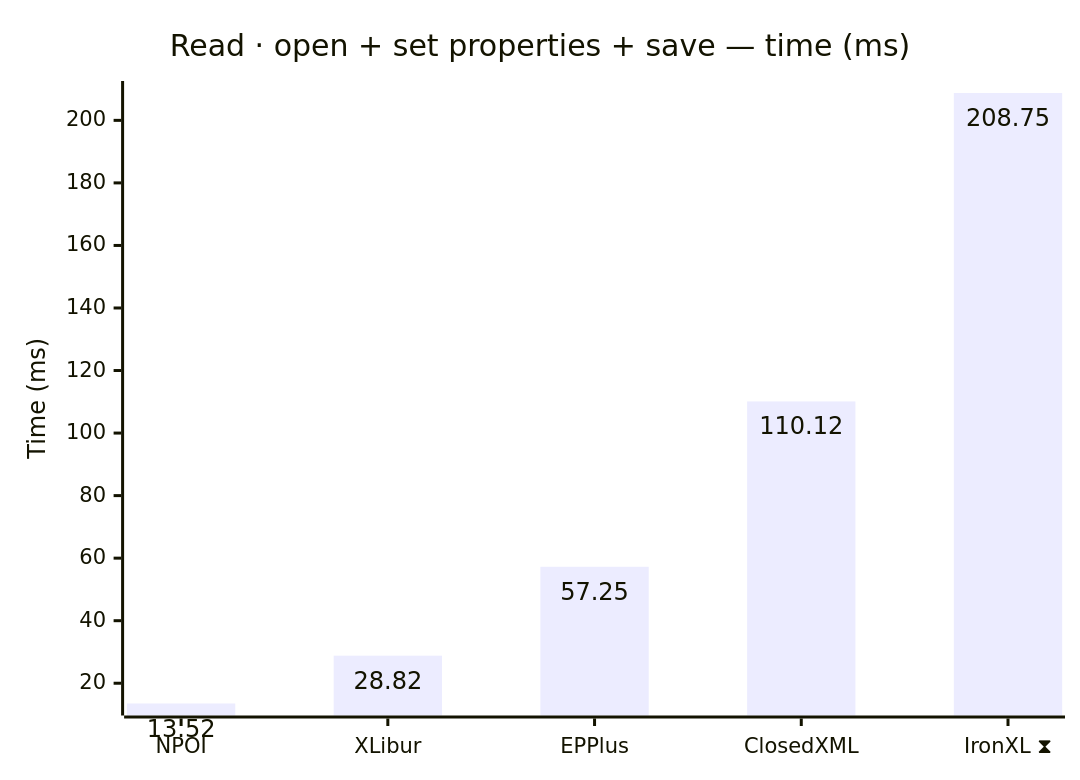
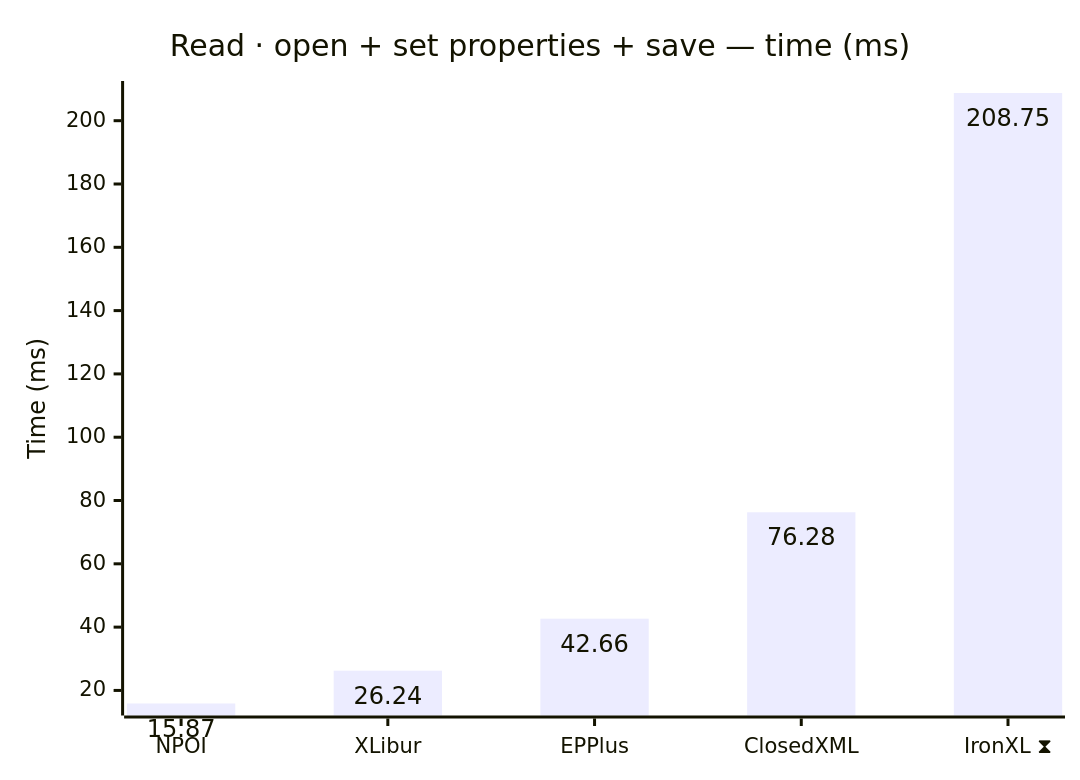
The first of 12 diagrams in docs/results-ci.md (jafin/XLBench), drawn with Mermaid before and after one commit. The commit also changed other lines of this file, not shown here.

````diff
--- a/docs/results-ci.md
+++ b/docs/results-ci.md
@@ -41,12 +41,12 @@
 ```mermaid
 ---
 config:
   xyChart:
     showDataLabel: true
 ---
 xychart-beta
     title "Read · open + set properties + save — time (ms)"
     x-axis ["NPOI", "XLibur", "EPPlus", "ClosedXML", "IronXL ⧗"]
     y-axis "Time (ms)"
-    bar [13.52, 28.82, 57.25, 110.12, 208.75]
+    bar [15.87, 26.24, 42.66, 76.28, 208.75]
 ```
````
